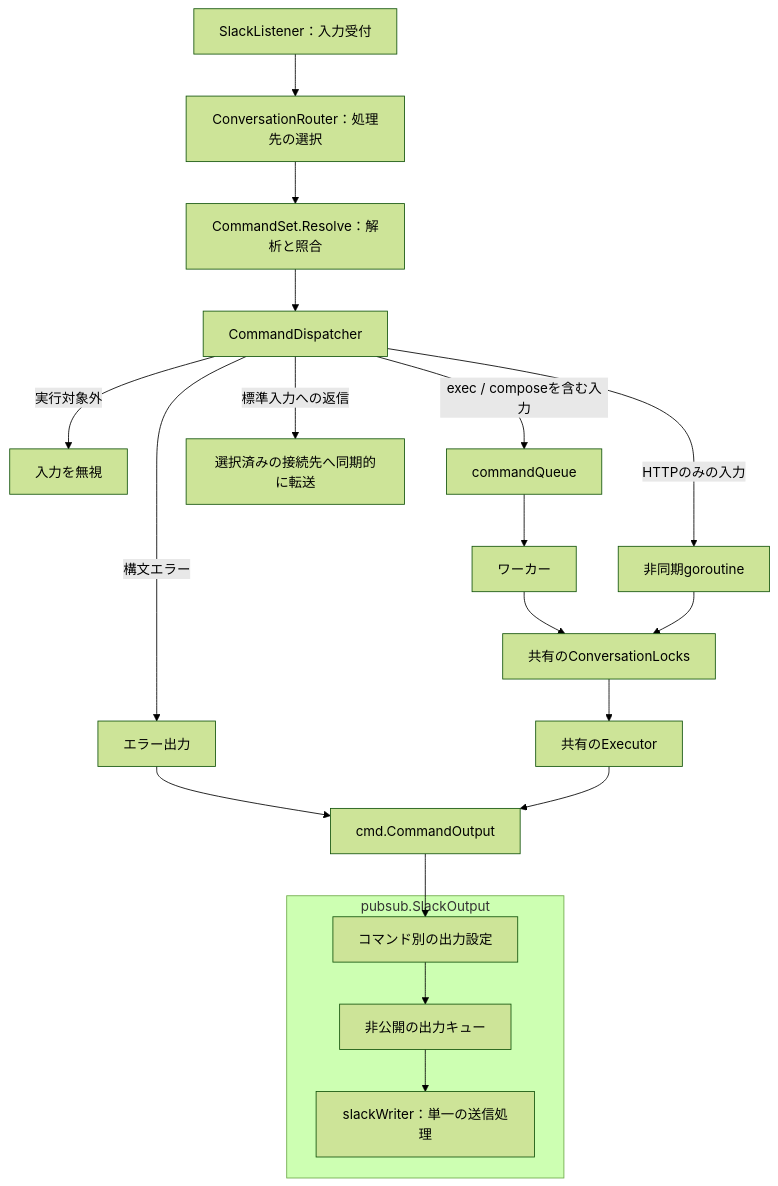
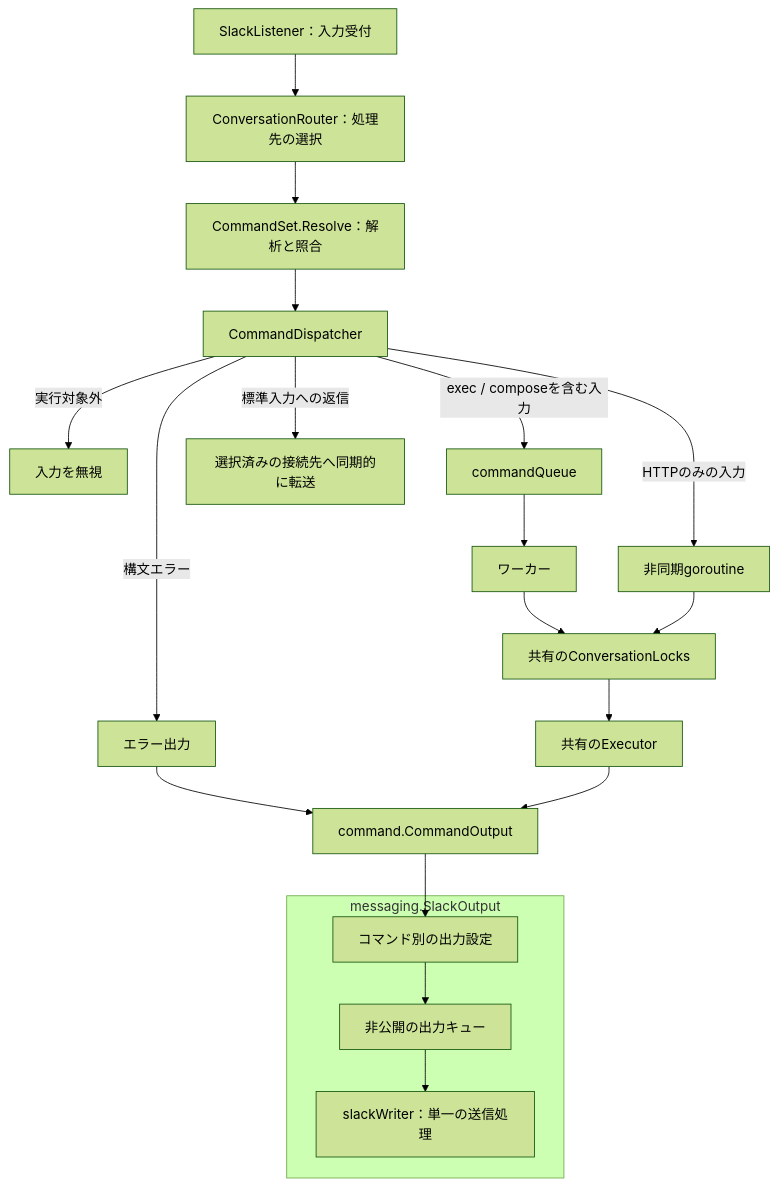
The diagram in docs/internal.md (hnw/slack-commander), drawn with Mermaid (forest theme) before and after one commit. The commit also changed other lines of this file and 134 other files, not shown here.

Commit message:
refactor: move command and messaging packages under internal

````diff
--- a/docs/internal.md
+++ b/docs/internal.md
@@ -31,22 +31,22 @@
 ```mermaid
 flowchart TD
     listener["SlackListener：入力受付"] --> router["ConversationRouter：処理先の選択"]
     router --> resolve["CommandSet.Resolve：解析と照合"]
     resolve --> dispatcher["CommandDispatcher"]
     dispatcher -->|構文エラー| parseOutput["エラー出力"]
-    parseOutput --> commandOutput["cmd.CommandOutput"]
+    parseOutput --> commandOutput["command.CommandOutput"]
     dispatcher -->|実行対象外| ignored["入力を無視"]
     dispatcher -->|exec / composeを含む入力| queue["commandQueue"]
     queue --> workers["ワーカー"]
     workers --> locks["共有のConversationLocks"]
     dispatcher -->|HTTPのみの入力| async["非同期goroutine"]
     async --> locks
     locks --> executor["共有のExecutor"]
     dispatcher -->|標準入力への返信| direct["選択済みの接続先へ同期的に転送"]
     executor --> commandOutput
     commandOutput --> slackCommandOutput["コマンド別の出力設定"]
-    subgraph pipeline["pubsub.SlackOutput"]
+    subgraph pipeline["messaging.SlackOutput"]
         slackCommandOutput --> output["非公開の出力キュー"]
         output --> writer["slackWriter：単一の送信処理"]
     end
 ```
````
